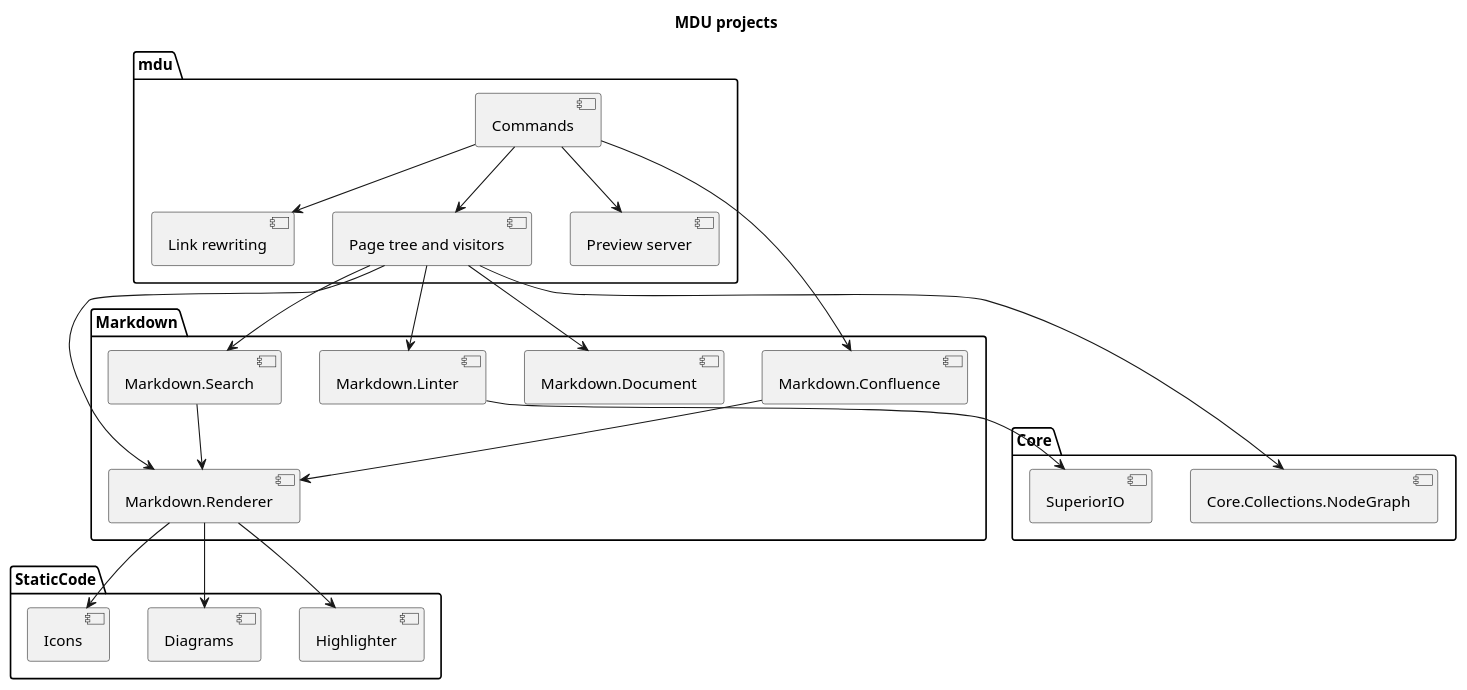
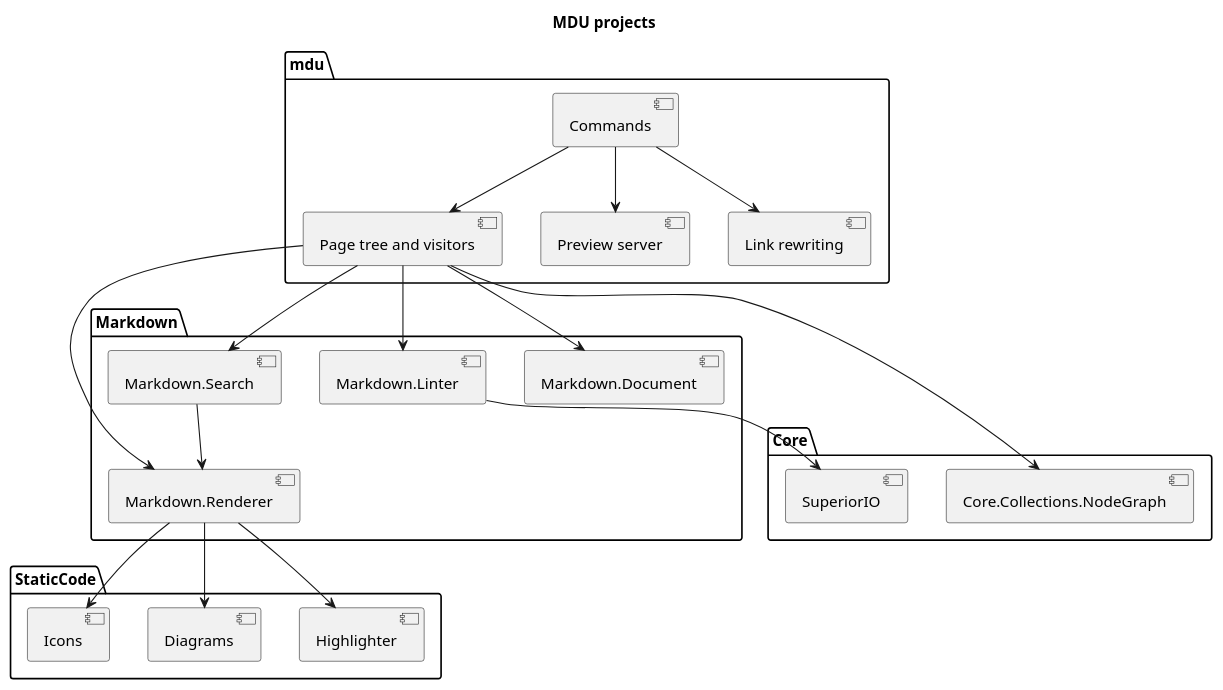
The diagram in Docs/Architecture/Components.md (capjan/mdu), drawn with PlantUML before and after one commit. The commit also changed other lines of this file and 24 other files, not shown here.

````diff
--- a/Docs/Architecture/Components.md
+++ b/Docs/Architecture/Components.md
@@ -29,56 +28,52 @@
 ```plantuml
 @startuml
 title MDU projects
 package "mdu" {
   [Commands] as Cli
   [Page tree and visitors] as Graph
   [Preview server] as Preview
   [Link rewriting] as Links
 }
 package "Markdown" {
   [Markdown.Document] as Doc
   [Markdown.Linter] as Linter
   [Markdown.Renderer] as Renderer
   [Markdown.Search] as Search
-  [Markdown.Confluence] as Confluence
 }
 package "StaticCode" {
   [Highlighter] as Highlighter
   [Diagrams] as Diagrams
   [Icons] as Icons
 }
 package "Core" {
   [Core.Collections.NodeGraph] as NodeGraph
   [SuperiorIO] as SuperiorIO
 }
 Cli --> Graph
 Cli --> Preview
 Cli --> Links
-Cli --> Confluence
 Graph --> Doc
 Graph --> NodeGraph
 Graph --> Linter
 Graph --> Renderer
 Graph --> Search
 Linter --> SuperiorIO
 Search --> Renderer
-Confluence --> Renderer
 Renderer --> Highlighter
 Renderer --> Diagrams
 Renderer --> Icons
 url of Cli is [[#mdu]]
 url of Graph is [[#mdu]]
 url of Preview is [[#mdu]]
 url of Links is [[#mdu]]
 url of Doc is [[#markdown.document]]
 url of Linter is [[#markdown.linter]]
 url of Renderer is [[#markdown.renderer]]
 url of Search is [[#markdown.search]]
-url of Confluence is [[#markdown.confluence]]
 url of Highlighter is [[#staticcode.highlighter]]
 url of Diagrams is [[#staticcode.diagrams]]
 url of Icons is [[#staticcode.icons]]
 url of NodeGraph is [[#core.collections.nodegraph]]
 url of SuperiorIO is [[#superiorio]]
 @enduml
 ```
````
